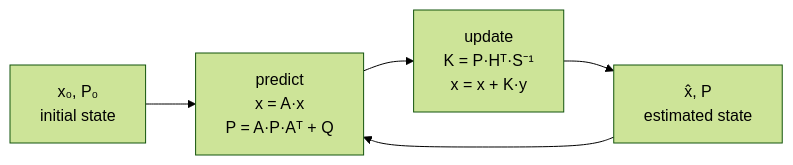
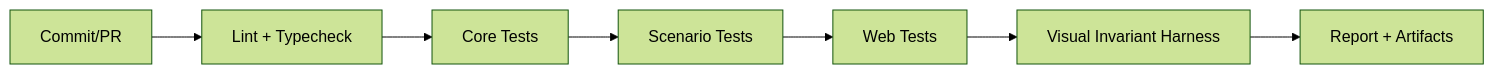
The fifth of 5 diagrams in README.md (hkevin01/gnc-space-sim), drawn with Mermaid (forest theme) before and after one commit. The commit also changed other lines of this file and 1 other file, not shown here.

Commit message:
refactor: Simplify altitude checks in launch visual behavior tests

````diff
--- a/README.md
+++ b/README.md
@@ -384,7 +192,9 @@
 ```mermaid
 flowchart LR
-    A[x₀, P₀\ninitial state] --> B[predict\nx = A·x\nP = A·P·Aᵀ + Q]
-    B --> C[update\nK = P·Hᵀ·S⁻¹\nx = x + K·y]
-    C --> D[x̂, P\nestimated state]
-    D --> B
+  A[Commit/PR] --> B[Lint + Typecheck]
+  B --> C[Core Tests]
+  C --> D[Scenario Tests]
+  D --> E[Web Tests]
+  E --> F[Visual Invariant Harness]
+  F --> G[Report + Artifacts]
 ```
````
